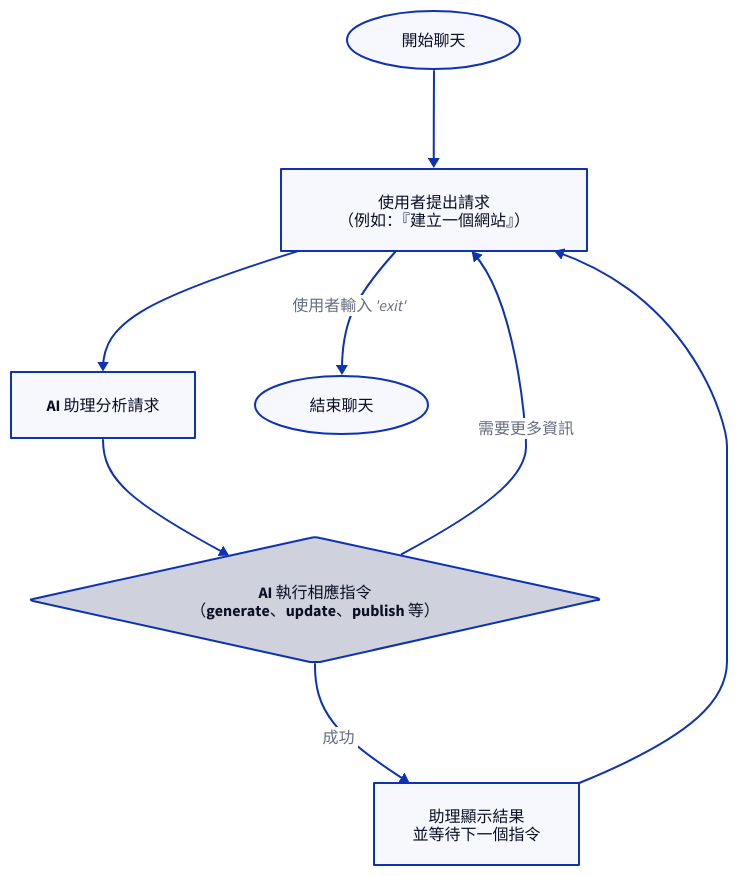
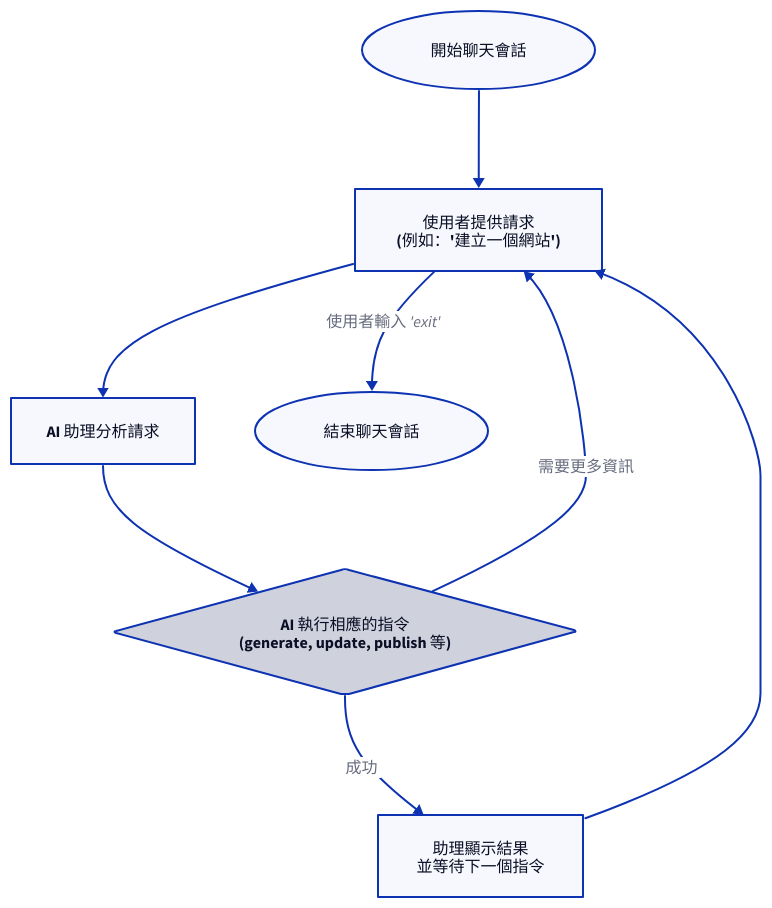
One commit to AIGNE-io/aigne-web-smith changed the diagram in .aigne/doc-smith/docs/core-tasks-using-the-interactive-chat.zh-TW.md. Above: the diagram before and after it, drawn with D2. The commit also changed other lines of this file and 102 other files, not shown here.

````diff
--- a/.aigne/doc-smith/docs/core-tasks-using-the-interactive-chat.zh-TW.md
+++ b/.aigne/doc-smith/docs/core-tasks-using-the-interactive-chat.zh-TW.md
@@ -11,38 +13,38 @@
 ```d2
 direction: down
 
 start: {
-  label: "開始聊天"
+  label: "開始聊天會話"
   shape: oval
 }
 
 user_input: {
-  label: "使用者提出請求\n（例如：『建立一個網站』）"
+  label: "使用者提供請求\n(例如：'建立一個網站')"
 }
 
 ai_process: {
   label: "AI 助理分析請求"
 }
 
 execute_task: {
-  label: "AI 執行相應指令\n（generate、update、publish 等）"
+  label: "AI 執行相應的指令\n(generate, update, publish 等)"
   shape: diamond
 }
 
 show_result: {
   label: "助理顯示結果\n並等待下一個指令"
 }
 
 end: {
-  label: "結束聊天"
+  label: "結束聊天會話"
   shape: oval
 }
 
 start -> user_input
 user_input -> ai_process
 ai_process -> execute_task
 execute_task -> show_result: "成功"
 show_result -> user_input
 execute_task -> user_input: "需要更多資訊"
 user_input -> end: "使用者輸入 'exit'"
 ```
````
